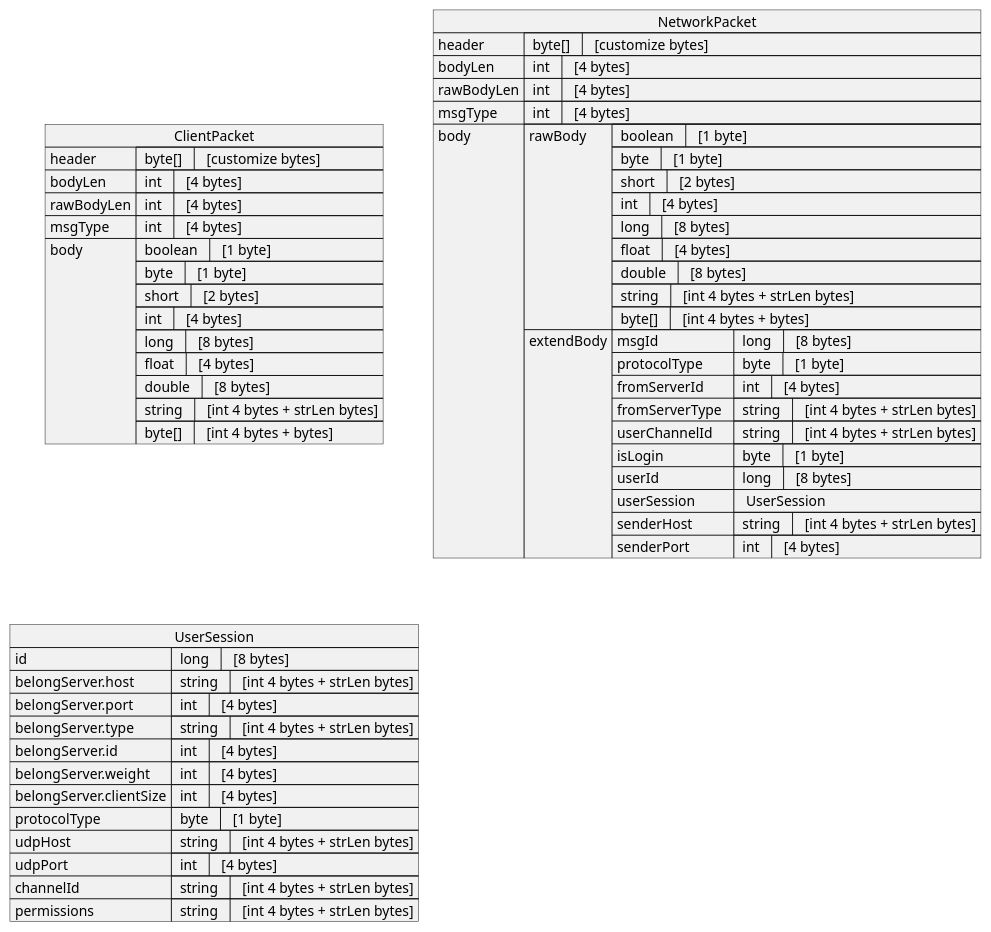
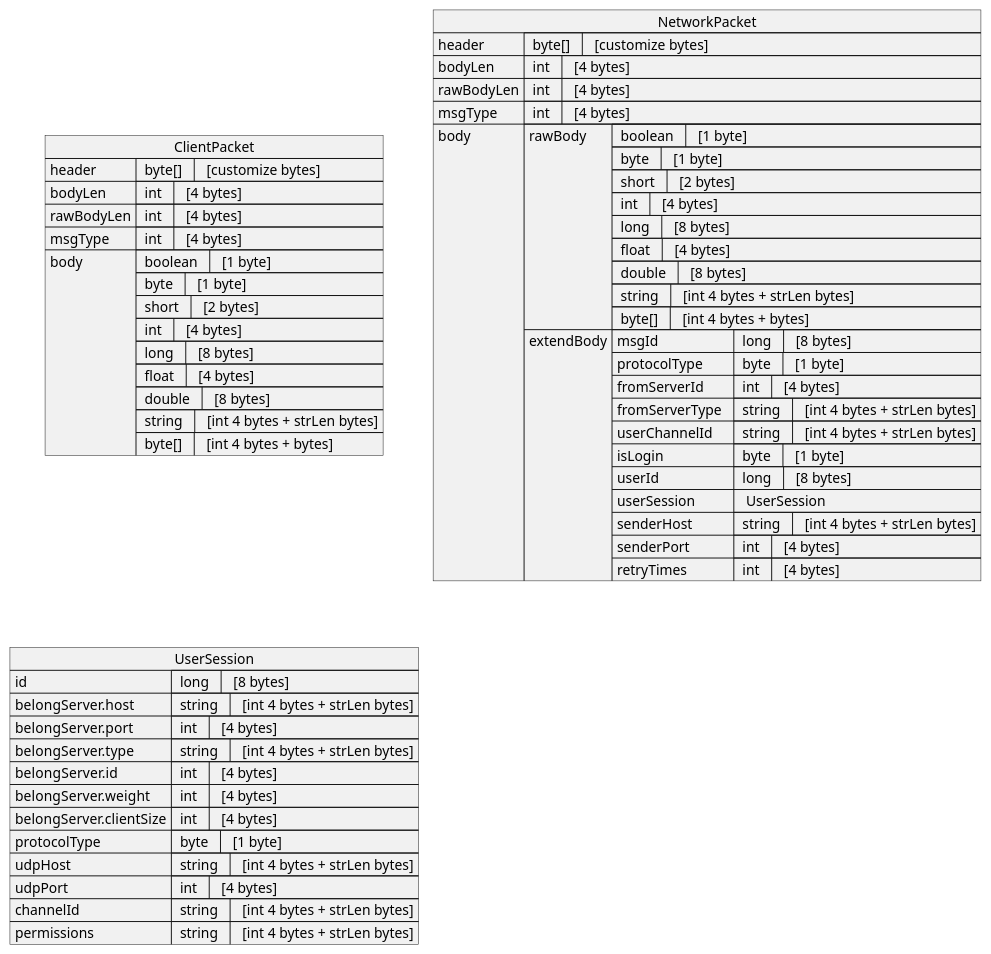
Before and after one commit to zunzhuowei/network-server: the diagram in docs/networkPacket.puml, drawn with PlantUML. The commit also changed 7 other files, not shown here.

```diff
--- a/docs/networkPacket.puml
+++ b/docs/networkPacket.puml
@@ -1,69 +1,70 @@
 @startuml
 json ClientPacket {
 "header":{" byte[]  " : "  [customize bytes]"},
 "bodyLen":{" int  " : "  [4 bytes]"},
 "rawBodyLen":{" int  " : "  [4 bytes]"},
 "msgType":{" int  " : "  [4 bytes]"},
 "body": [
     {" boolean  " : "  [1 byte]"},
     {" byte  " : "  [1 byte]"},
     {" short  " : "  [2 bytes]"},
     {" int  " : "  [4 bytes]"},
     {" long  " : "  [8 bytes]"},
     {" float  " : "  [4 bytes]"},
     {" double  " : "  [8 bytes]"},
     {" string  " : "  [int 4 bytes + strLen bytes]"},
     {" byte[]  " : "  [int 4 bytes + bytes]"}
  ]
 }
 
 json NetworkPacket {
 "header":{" byte[]  " : "  [customize bytes]"},
 "bodyLen":{" int  " : "  [4 bytes]"},
 "rawBodyLen":{" int  " : "  [4 bytes]"},
 "msgType":{" int  " : "  [4 bytes]"},
 "body": {
     "rawBody":
     [
         {" boolean  " : "  [1 byte]"},
         {" byte  " : "  [1 byte]"},
         {" short  " : "  [2 bytes]"},
         {" int  " : "  [4 bytes]"},
         {" long  " : "  [8 bytes]"},
         {" float  " : "  [4 bytes]"},
         {" double  " : "  [8 bytes]"},
         {" string  " : "  [int 4 bytes + strLen bytes]"},
         {" byte[]  " : "  [int 4 bytes + bytes]"}
     ],
      "extendBody":
      {
         "msgId":{" long  " : "  [8 bytes]"},
         ' 0:tcp,1:udp,2:binary_websocket,3:text_websocket,4:http
         "protocolType": {" byte  " : "  [1 byte]"},
         "fromServerId  " : {" int  " : "  [4 bytes]"},
         "fromServerType  " :   {" string  " : "  [int 4 bytes + strLen bytes]"},
         "userChannelId  " :   {" string  " : "  [int 4 bytes + strLen bytes]"},
         "isLogin" : {" byte  " : "  [1 byte]"},
          "userId":{" long  " : "  [8 bytes]"},
         "userSession" : "  UserSession ",
         "senderHost  " :   {" string  " : "  [int 4 bytes + strLen bytes]"},
-        "senderPort  " : {" int  " : "  [4 bytes]"}
+        "senderPort  " : {" int  " : "  [4 bytes]"},
+        "retryTimes  " : {" int  " : "  [4 bytes]"}
      }
  }
 }
 
 json UserSession {
     "id": {" long  " : "  [8 bytes]"},
     "belongServer.host": {" string  " : "  [int 4 bytes + strLen bytes]"},
     "belongServer.port": {" int  " : "  [4 bytes]"},
     "belongServer.type": {" string  " : "  [int 4 bytes + strLen bytes]"},
     "belongServer.id": {" int  " : "  [4 bytes]"},
     "belongServer.weight": {" int  " : "  [4 bytes]"},
     "belongServer.clientSize": {" int  " : "  [4 bytes]"},
     "protocolType": {" byte  " : "  [1 byte]"},
     "udpHost": {" string  " : "  [int 4 bytes + strLen bytes]"},
     "udpPort": {" int  " : "  [4 bytes]"},
     "channelId": {" string  " : "  [int 4 bytes + strLen bytes]"},
     "permissions":{" string  " : "  [int 4 bytes + strLen bytes]"}
 }
 @enduml
```
